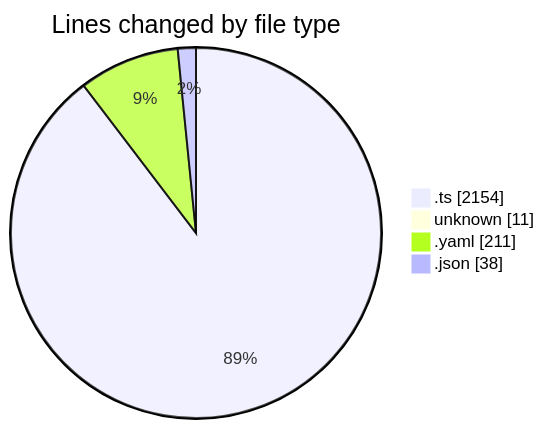
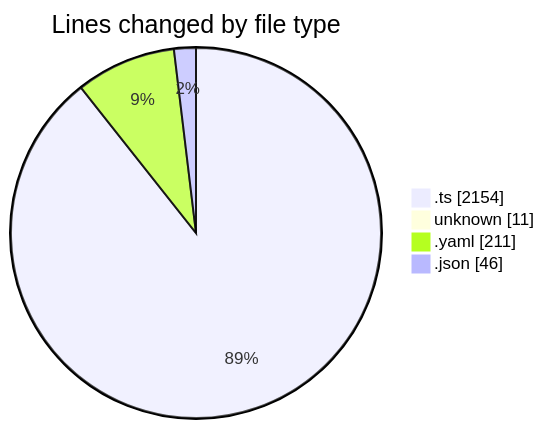
The first of 2 diagrams in 2025-10-01/oura-api/README.md (mevix1/code-tracking), drawn with Mermaid before and after one commit. The commit also changed other lines of this file and 1 other file, not shown here.

````diff
--- a/2025-10-01/oura-api/README.md
+++ b/2025-10-01/oura-api/README.md
@@ -38,8 +38,8 @@
 ```mermaid
 pie showData
 title Lines changed by file type
 ".ts" : 2154
 "unknown" : 11
 ".yaml" : 211
-".json" : 38
+".json" : 46
 ```
````
